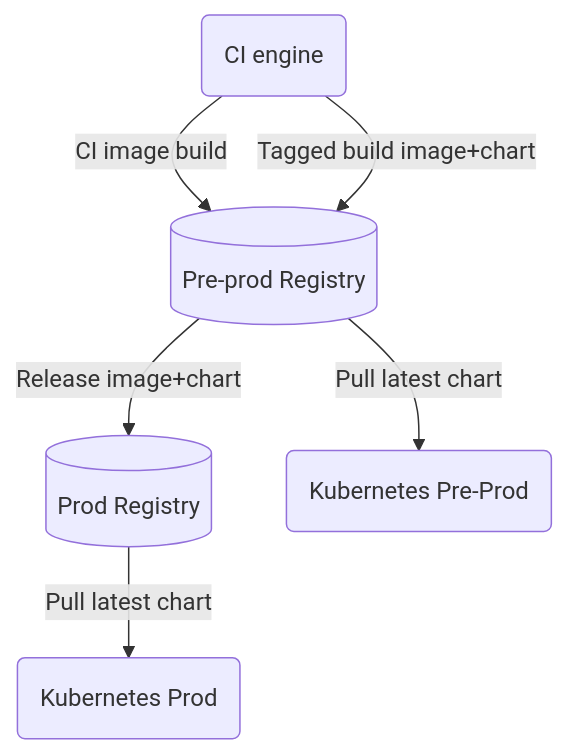
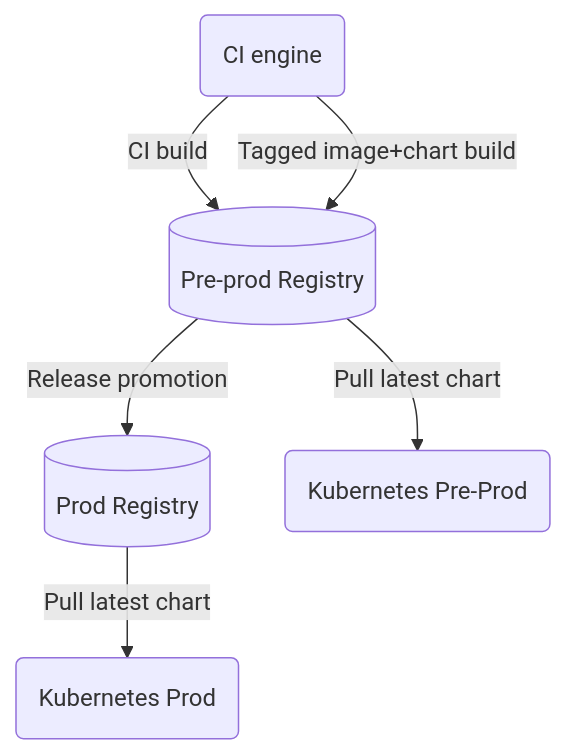
The diagram in README.md (myspotontheweb/argocd-springboot-demo1), drawn with Mermaid before and after one commit. The commit also changed other lines of this file, not shown here.

````diff
--- a/README.md
+++ b/README.md
@@ -49,8 +49,8 @@
 ```mermaid
 flowchart 
-    ci(CI engine) --> | CI image build |reg1[(Pre-prod Registry)]
-    ci --> |Tagged build image+chart| reg1
-    reg1 --> |Release image+chart| reg2[(Prod Registry)]
+    ci(CI engine) --> | CI build |reg1[(Pre-prod Registry)]
+    ci --> |Tagged image+chart build| reg1
+    reg1 --> |Release promotion| reg2[(Prod Registry)]
     reg1 --> |Pull latest chart| k8spprod(Kubernetes Pre-Prod)
     reg2 --> |Pull latest chart| k8sprod(Kubernetes Prod)
 ```
````
